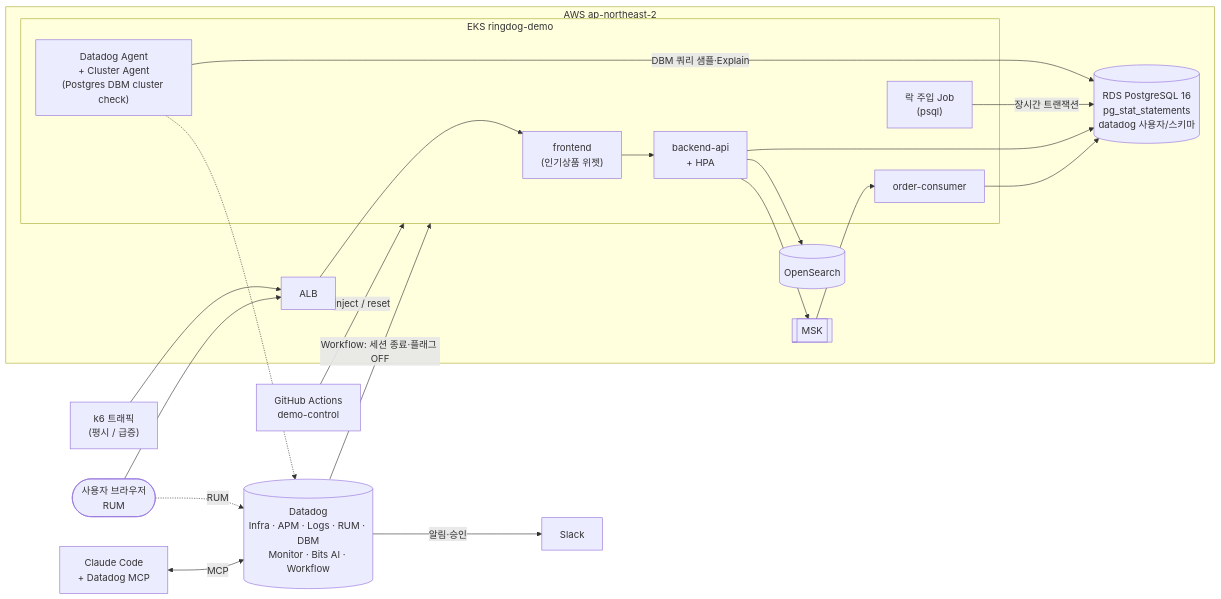
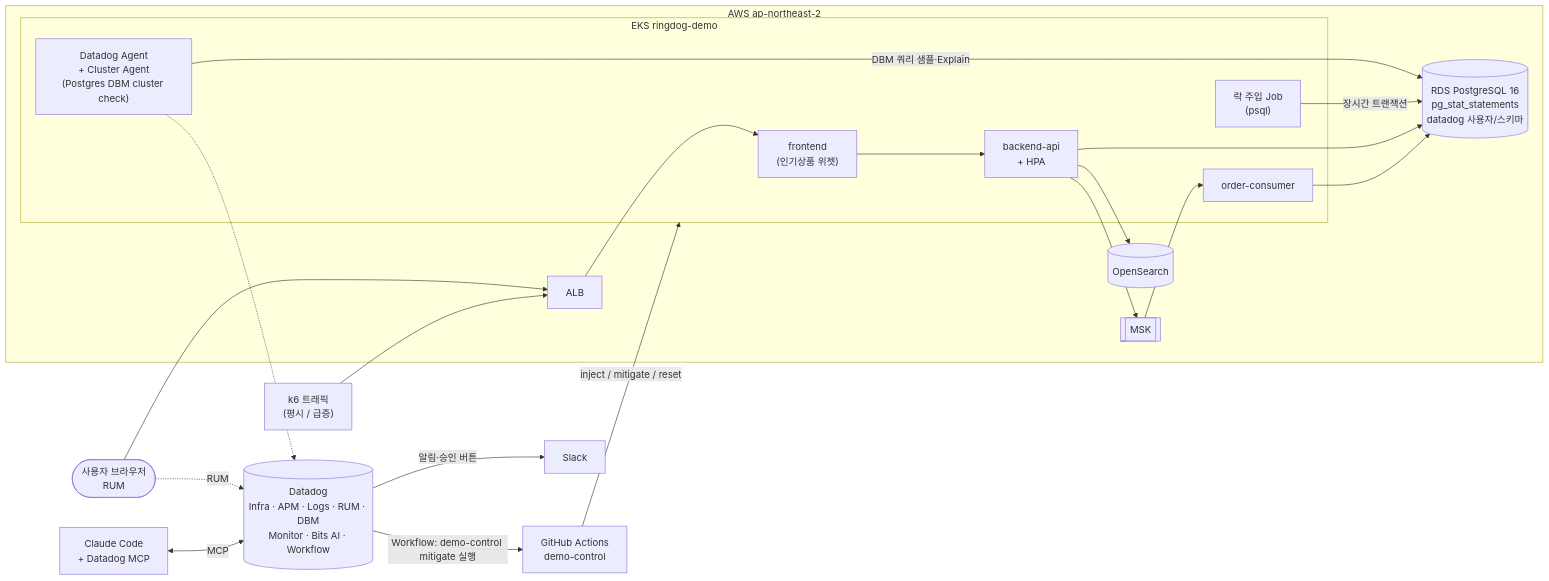
One commit to Arin-kr/ringdog changed the diagram in docs/design/specs/2026-10-15-demo-flash-sale-db-design.md. Above: the diagram before and after it, drawn with Mermaid. The commit also changed other lines of this file and 7 other files, not shown here.

````diff
--- a/docs/design/specs/2026-10-15-demo-flash-sale-db-design.md
+++ b/docs/design/specs/2026-10-15-demo-flash-sale-db-design.md
@@ -73,37 +74,37 @@
 ```mermaid
 flowchart LR
     k6["k6 트래픽<br/>(평시 / 급증)"]
     user(["사용자 브라우저<br/>RUM"])
     gha["GitHub Actions<br/>demo-control"]
     slack["Slack"]
     ide["Claude Code<br/>+ Datadog MCP"]
     dd[("Datadog<br/>Infra · APM · Logs · RUM · DBM<br/>Monitor · Bits AI · Workflow")]
 
     subgraph aws["AWS ap-northeast-2"]
         alb["ALB"]
         subgraph eks["EKS ringdog-demo"]
             fe["frontend<br/>(인기상품 위젯)"]
             api["backend-api<br/>+ HPA"]
             oc["order-consumer"]
             lock["락 주입 Job<br/>(psql)"]
             ag["Datadog Agent<br/>+ Cluster Agent<br/>(Postgres DBM cluster check)"]
         end
         rds[("RDS PostgreSQL 16<br/>pg_stat_statements<br/>datadog 사용자/스키마")]
         msk[["MSK"]]
         os[("OpenSearch")]
     end
 
     k6 --> alb
     user --> alb --> fe --> api
     api --> rds
     api --> os
     api --> msk --> oc --> rds
     lock -->|장시간 트랜잭션| rds
-    gha -->|inject / reset| eks
+    gha -->|inject / mitigate / reset| eks
     ag -->|DBM 쿼리 샘플·Explain| rds
     ag -.-> dd
     user -.->|RUM| dd
-    dd -->|알림·승인| slack
-    dd -->|Workflow: 세션 종료·플래그 OFF| eks
+    dd -->|알림·승인 버튼| slack
+    dd -->|Workflow: demo-control mitigate 실행| gha
     ide <-->|MCP| dd
 ```
````
